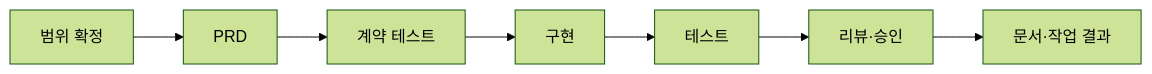
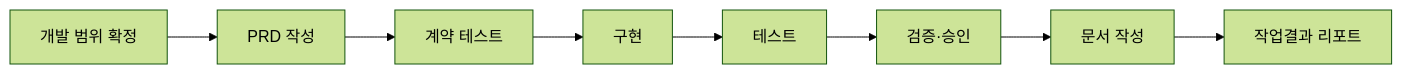
One commit to kim-svadoz/sugo changed the diagram in README.md. Above: the diagram before and after it, drawn with Mermaid (forest theme). The commit also changed other lines of this file, not shown here.

````diff
--- a/README.md
+++ b/README.md
@@ -67,4 +71,4 @@
 ```mermaid
 flowchart LR
-    A[범위 확정] --> B[PRD] --> C[계약 테스트] --> D[구현] --> E[테스트] --> F[리뷰·승인] --> G[문서·작업 결과]
+    A[개발 범위 확정] --> B[PRD 작성] --> C[계약 테스트] --> D[구현] --> E[테스트] --> F[검증·승인] --> G[문서 작성] --> H[작업결과 리포트]
 ```
````
